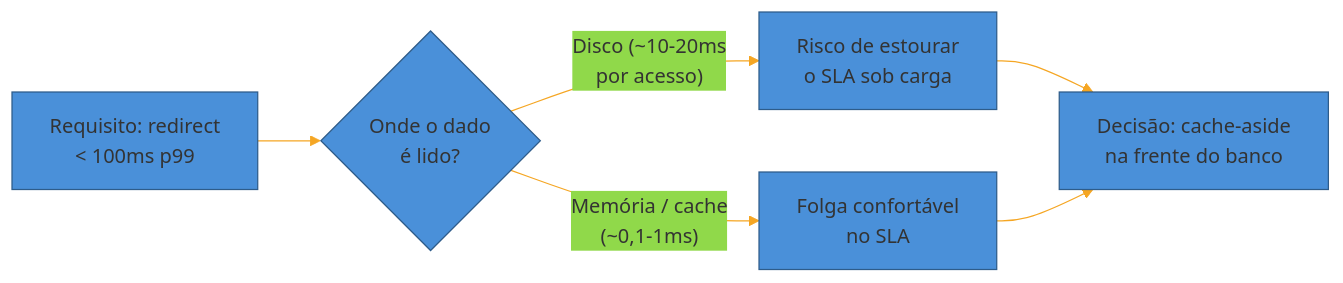
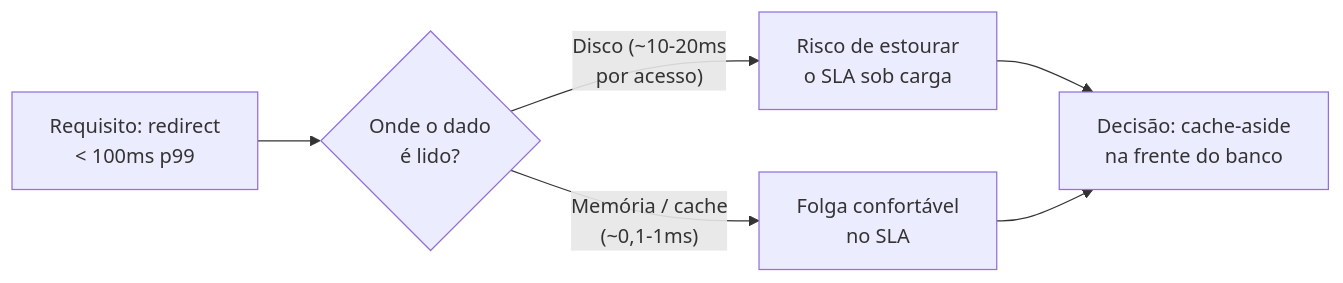
The second of 2 diagrams in 03-Dominios/Engenharia/Arquitetura/System Design/1 - Framework de entrevista/03 - Estimativas de escala (back-of-envelope).md (josenaldo/codex-technomanticus), drawn with Mermaid before and after one commit. The commit also changed other lines of this file and 1181 other files, not shown here.

First line of the commit message:
fix(diagramas): paleta do sistema no lugar de cor cravada no markdown

````diff
--- a/03-Dominios/Engenharia/Arquitetura/System Design/1 - Framework de entrevista/03 - Estimativas de escala (back-of-envelope).md
+++ b/03-Dominios/Engenharia/Arquitetura/System Design/1 - Framework de entrevista/03 - Estimativas de escala (back-of-envelope).md
@@ -180,9 +179,8 @@
 ```mermaid
-%%{init: {"theme": "base", "themeVariables": {"primaryColor": "#4A90D9", "primaryBorderColor": "#2E5C8A", "lineColor": "#F5A623"}}}%%
 graph LR
     A["Requisito: redirect<br/>< 100ms p99"] --> B{"Onde o dado<br/>é lido?"}
     B -->|"Disco (~10-20ms<br/>por acesso)"| C["Risco de estourar<br/>o SLA sob carga"]
     B -->|"Memória / cache<br/>(~0,1-1ms)"| D["Folga confortável<br/>no SLA"]
     C --> E["Decisão: cache-aside<br/>na frente do banco"]
     D --> E
 ```
````
